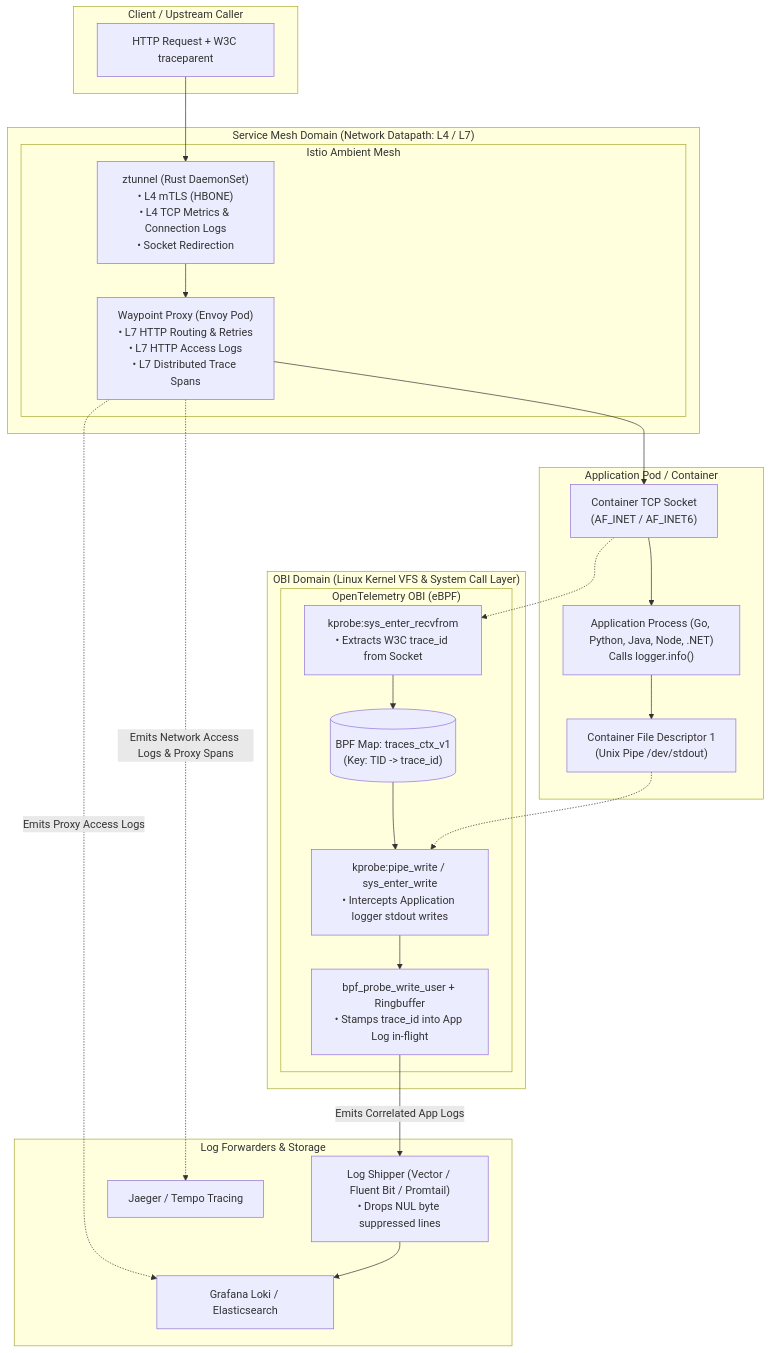
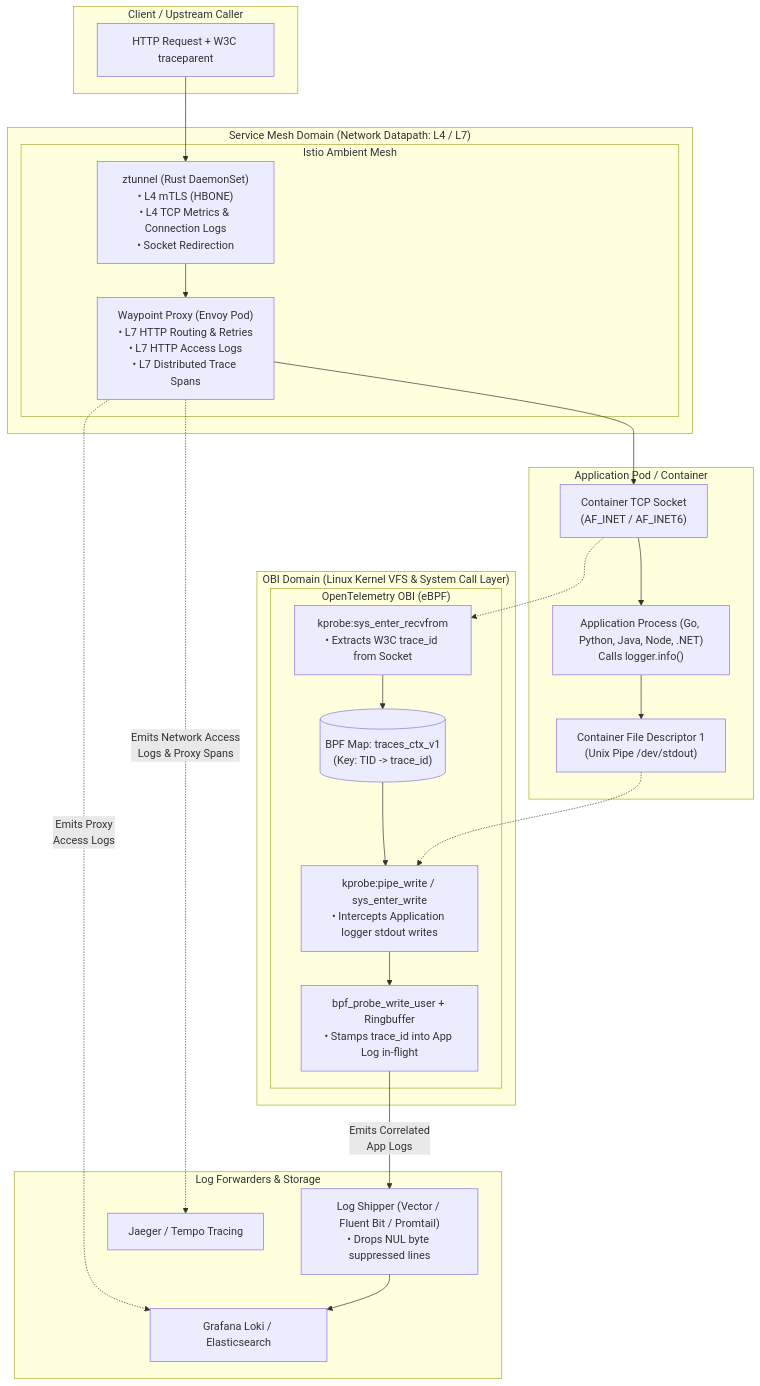
One commit to nubenetes/obi-trace-log-correlation changed the first of 2 diagrams in docs/service-mesh-vs-ebpf-observability.md. Above: the diagram before and after it, drawn with Mermaid. The commit also changed other lines of this file and 4 other files, not shown here.

Commit message:
fix(docs): add line breaks to Mermaid edge labels to prevent text truncation in decision trees

````diff
--- a/docs/service-mesh-vs-ebpf-observability.md
+++ b/docs/service-mesh-vs-ebpf-observability.md
@@ -61,52 +61,52 @@
 ```mermaid
 flowchart TD
     subgraph Client ["Client / Upstream Caller"]
         Req["HTTP Request + W3C traceparent"]
     end
 
     subgraph ServiceMeshLayer ["Service Mesh Domain (Network Datapath: L4 / L7)"]
         subgraph IstioAmbient ["Istio Ambient Mesh"]
             ZTunnel["ztunnel (Rust DaemonSet)\n• L4 mTLS (HBONE)\n• L4 TCP Metrics & Connection Logs\n• Socket Redirection"]
             Waypoint["Waypoint Proxy (Envoy Pod)\n• L7 HTTP Routing & Retries\n• L7 HTTP Access Logs\n• L7 Distributed Trace Spans"]
         end
     end
 
     subgraph PodBoundary ["Application Pod / Container"]
         Socket["Container TCP Socket\n(AF_INET / AF_INET6)"]
         App["Application Process (Go, Python, Java, Node, .NET)\nCalls logger.info()"]
         StdOut["Container File Descriptor 1\n(Unix Pipe /dev/stdout)"]
     end
 
     subgraph KernelLayer ["OBI Domain (Linux Kernel VFS & System Call Layer)"]
         subgraph OBIeBPF ["OpenTelemetry OBI (eBPF)"]
             SockProbe["kprobe:sys_enter_recvfrom\n• Extracts W3C trace_id from Socket"]
             BPFMap[("BPF Map: traces_ctx_v1\n(Key: TID -> trace_id)")]
             SysWriteHook["kprobe:pipe_write / sys_enter_write\n• Intercepts Application logger stdout writes"]
             EnrichEngine["bpf_probe_write_user + Ringbuffer\n• Stamps trace_id into App Log in-flight"]
         end
     end
 
     subgraph LogPipeline ["Log Forwarders & Storage"]
         Vector["Log Shipper (Vector / Fluent Bit / Promtail)\n• Drops NUL byte suppressed lines"]
         Loki["Grafana Loki / Elasticsearch"]
         Jaeger["Jaeger / Tempo Tracing"]
     end
 
     Req --> ZTunnel
     ZTunnel --> Waypoint
     Waypoint --> Socket
 
     Socket --> App
     App --> StdOut
 
     Socket -.-> SockProbe
     SockProbe --> BPFMap
     BPFMap --> SysWriteHook
     StdOut -.-> SysWriteHook
     SysWriteHook --> EnrichEngine
 
-    Waypoint -.->|"Emits Network Access Logs & Proxy Spans"| Jaeger
-    Waypoint -.->|"Emits Proxy Access Logs"| Loki
-    EnrichEngine -->|"Emits Correlated App Logs"| Vector
+    Waypoint -.->|"Emits Network Access<br/>Logs & Proxy Spans"| Jaeger
+    Waypoint -.->|"Emits Proxy<br/>Access Logs"| Loki
+    EnrichEngine -->|"Emits Correlated<br/>App Logs"| Vector
     Vector --> Loki
 ```
````
